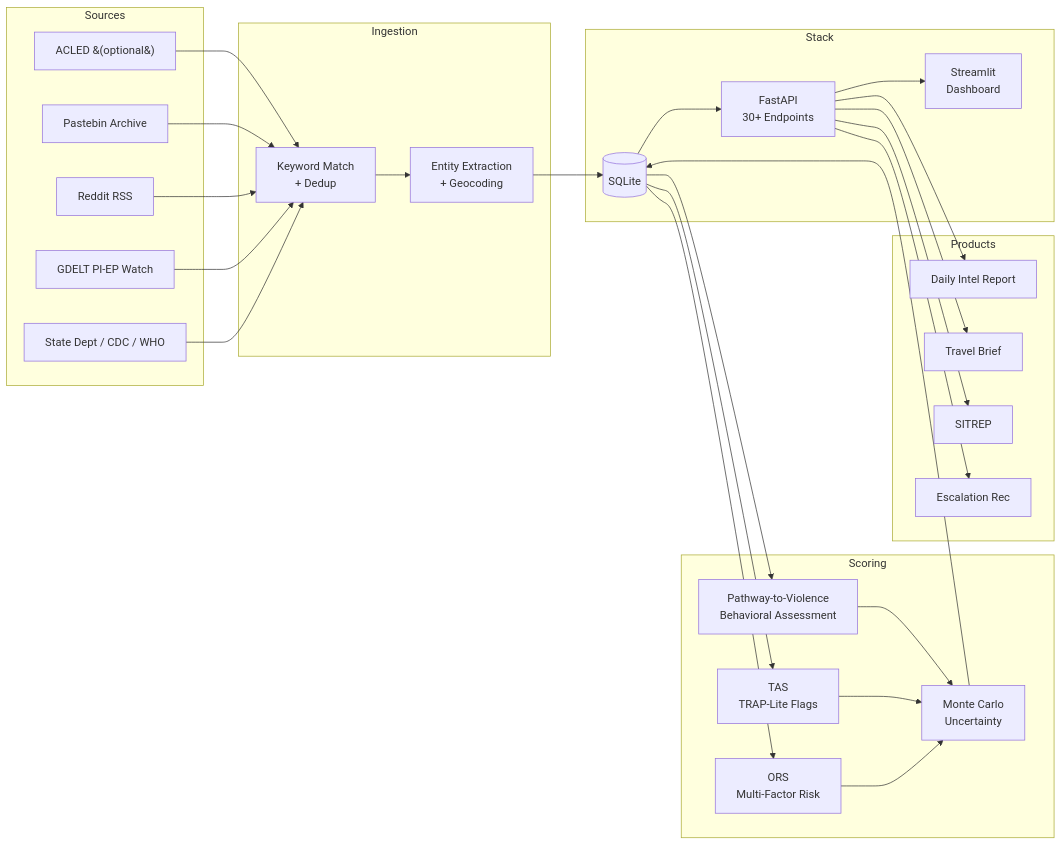
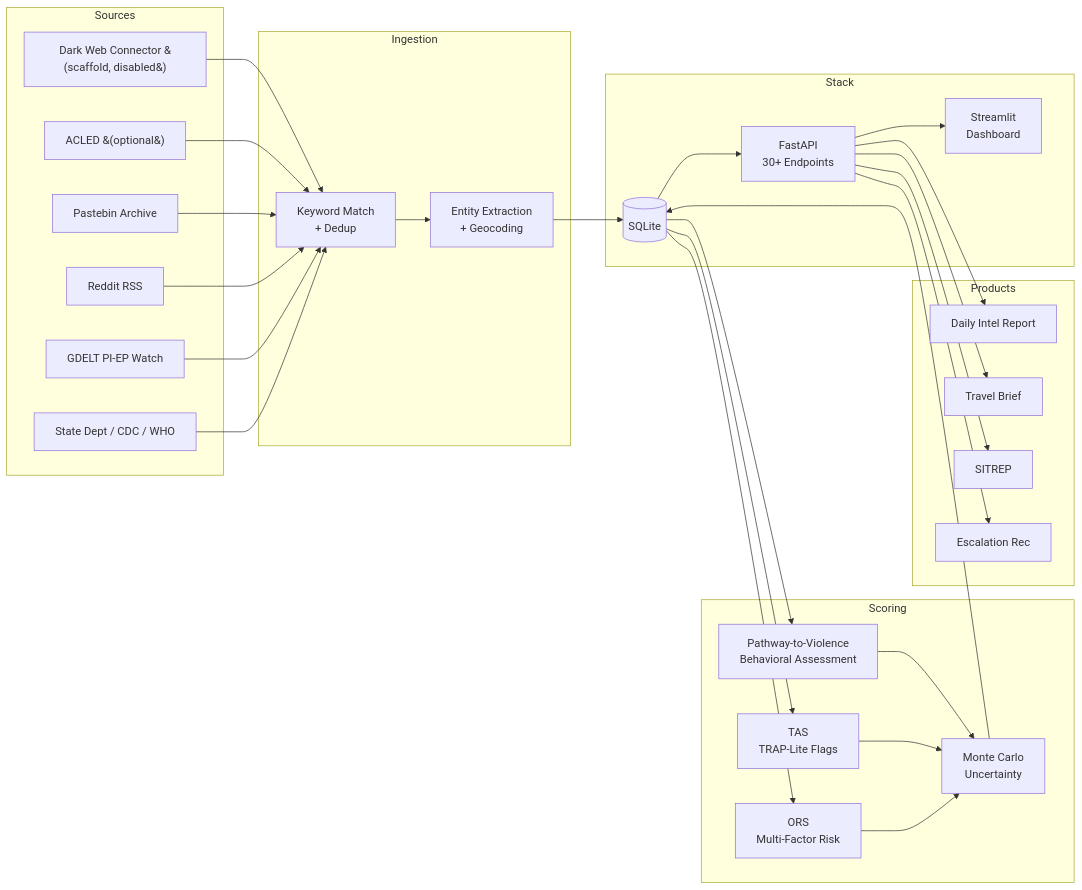
One commit to wksprojects/protective-intelligence-assistant changed the diagram in README.md. Above: the diagram before and after it, drawn with Mermaid. The commit also changed other lines of this file and 9 other files, not shown here.

````diff
--- a/README.md
+++ b/README.md
@@ -32,42 +32,43 @@
 ```mermaid
 flowchart LR
     subgraph Sources
         RSS[State Dept / CDC / WHO]
         GDELT[GDELT PI-EP Watch]
         Reddit[Reddit RSS]
         Paste[Pastebin Archive]
         ACLED[ACLED &#40;optional&#41;]
+        DarkWeb[Dark Web Connector &#40;scaffold, disabled&#41;]
     end
 
     subgraph Ingestion
         Scraper[Keyword Match<br/>+ Dedup]
         Extract[Entity Extraction<br/>+ Geocoding]
     end
 
     subgraph Scoring
         ORS[ORS<br/>Multi-Factor Risk]
         TAS[TAS<br/>TRAP-Lite Flags]
         Pathway[Pathway-to-Violence<br/>Behavioral Assessment]
         MC[Monte Carlo<br/>Uncertainty]
     end
 
     subgraph Products
         Report[Daily Intel Report]
         Brief[Travel Brief]
         SITREP[SITREP]
         Escalation[Escalation Rec]
     end
 
     subgraph Stack
         DB[(SQLite)]
         API[FastAPI<br/>30+ Endpoints]
         UI[Streamlit<br/>Dashboard]
     end
 
-    RSS & GDELT & Reddit & Paste & ACLED --> Scraper
+    RSS & GDELT & Reddit & Paste & ACLED & DarkWeb --> Scraper
     Scraper --> Extract --> DB
     DB --> ORS & TAS & Pathway
     ORS & TAS & Pathway --> MC --> DB
     DB --> API --> UI
     API --> Report & Brief & SITREP & Escalation
 ```
````
